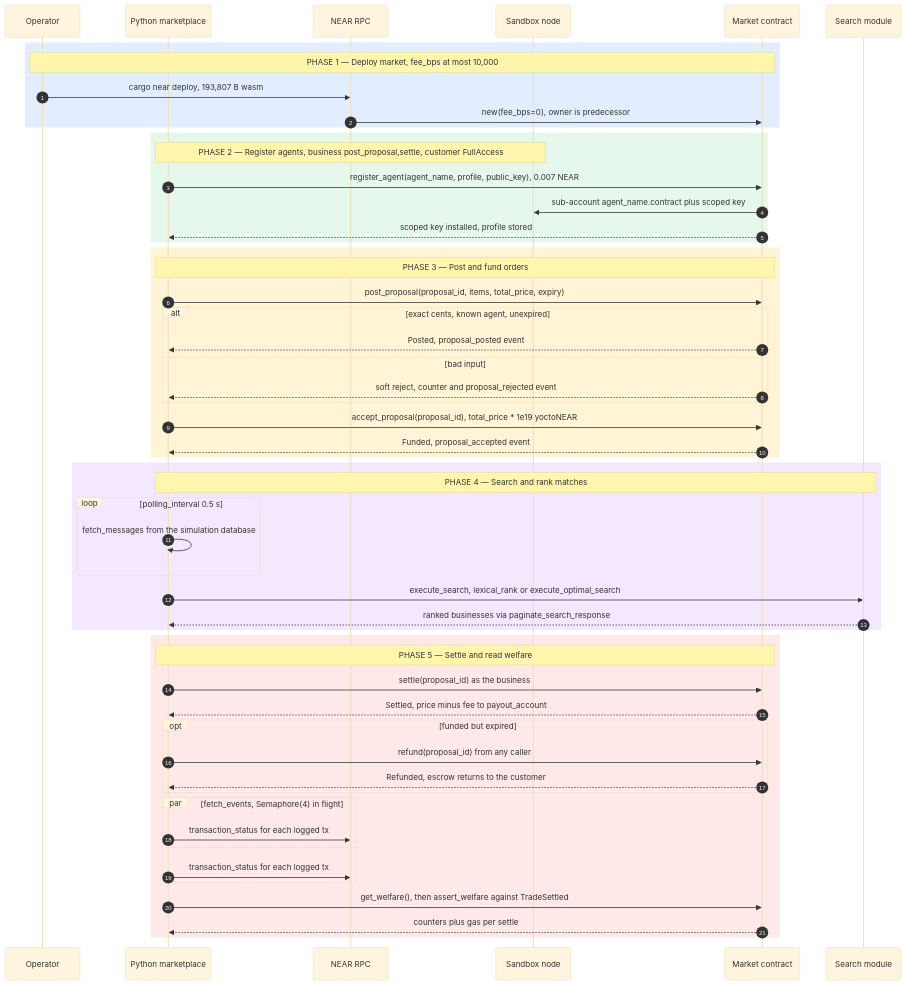
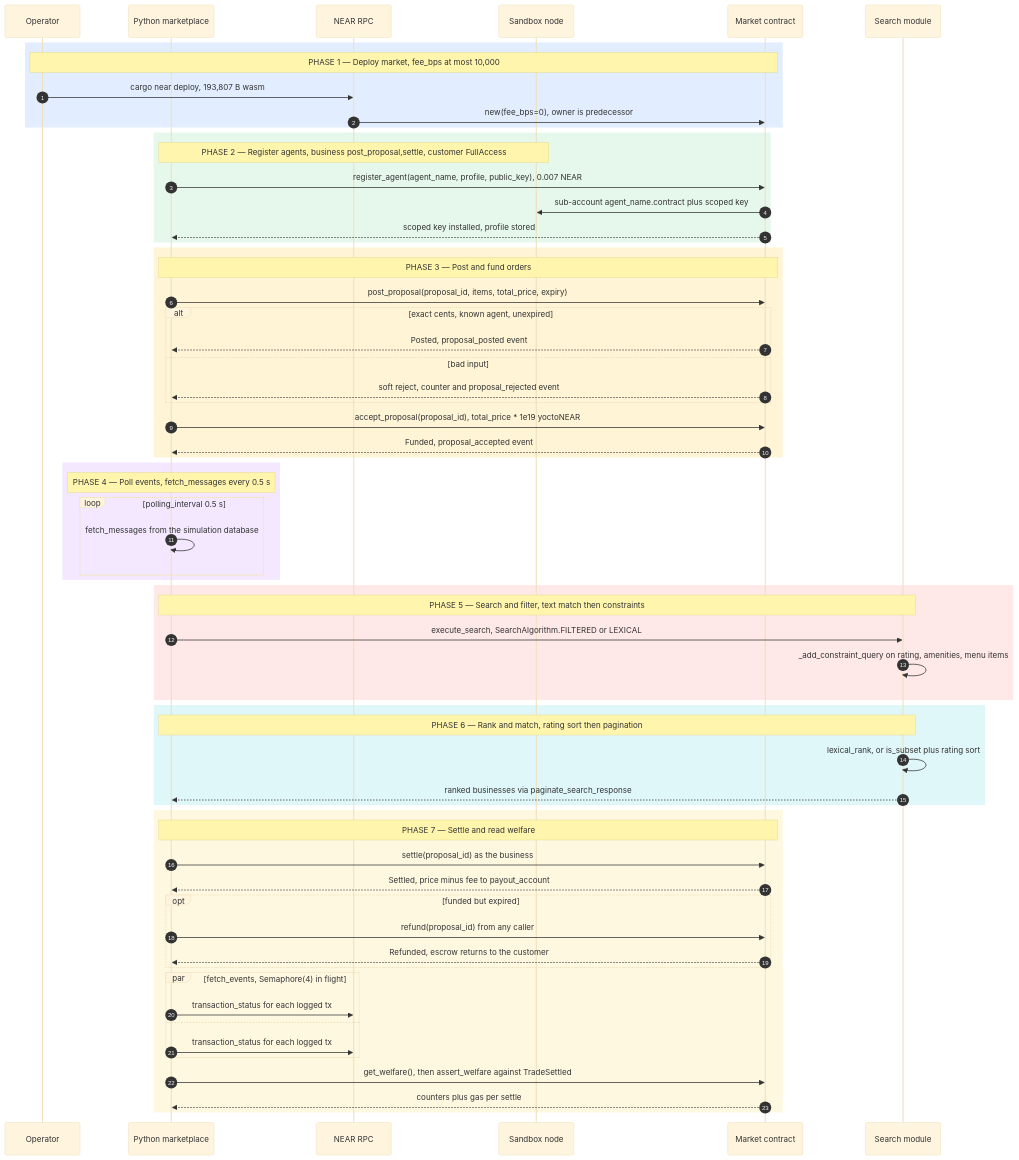
One commit to p3dr0-coder/two-sided-agent-market changed the diagram in README.md. Above: the diagram before and after it, drawn with Mermaid.

Commit message:
docs(ekklesia): expand diagram to 7 phases

````diff
--- a/README.md
+++ b/README.md
@@ -5,57 +5,65 @@
 ```mermaid
 %%{init: {"theme":"base","themeVariables":{"fontSize":"14px"}}}%%
 sequenceDiagram
     autonumber
     participant U as Operator
     participant P as Python marketplace
     participant R as NEAR RPC
     participant B as Sandbox node
     participant M as Market contract
     participant S as Search module
     rect rgb(226,238,255)
     Note over U,M: PHASE 1 — Deploy market, fee_bps at most 10,000
     U->>R: cargo near deploy, 193,807 B wasm
     R->>M: new(fee_bps=0), owner is predecessor
     end
     rect rgb(230,247,235)
     Note over P,B: PHASE 2 — Register agents, business post_proposal,settle, customer FullAccess
     P->>M: register_agent(agent_name, profile, public_key), 0.007 NEAR
     M->>B: sub-account agent_name.contract plus scoped key
     M-->>P: scoped key installed, profile stored
     end
     rect rgb(255,244,214)
     Note over P,M: PHASE 3 — Post and fund orders
     P->>M: post_proposal(proposal_id, items, total_price, expiry)
     alt exact cents, known agent, unexpired
     M-->>P: Posted, proposal_posted event
     else bad input
     M-->>P: soft reject, counter and proposal_rejected event
     end
     P->>M: accept_proposal(proposal_id), total_price * 1e19 yoctoNEAR
     M-->>P: Funded, proposal_accepted event
     end
     rect rgb(243,232,255)
-    Note over P,S: PHASE 4 — Search and rank matches
+    Note over P: PHASE 4 — Poll events, fetch_messages every 0.5 s
     loop polling_interval 0.5 s
     P->>P: fetch_messages from the simulation database
     end
-    P->>S: execute_search, lexical_rank or execute_optimal_search
+    end
+    rect rgb(255,232,232)
+    Note over P,S: PHASE 5 — Search and filter, text match then constraints
+    P->>S: execute_search, SearchAlgorithm.FILTERED or LEXICAL
+    S->>S: _add_constraint_query on rating, amenities, menu items
+    end
+    rect rgb(224,247,250)
+    Note over P,S: PHASE 6 — Rank and match, rating sort then pagination
+    S->>S: lexical_rank, or is_subset plus rating sort
     S-->>P: ranked businesses via paginate_search_response
     end
-    rect rgb(255,232,232)
-    Note over P,M: PHASE 5 — Settle and read welfare
+    rect rgb(255,248,225)
+    Note over P,M: PHASE 7 — Settle and read welfare
     P->>M: settle(proposal_id) as the business
     M-->>P: Settled, price minus fee to payout_account
     opt funded but expired
     P->>M: refund(proposal_id) from any caller
     M-->>P: Refunded, escrow returns to the customer
     end
     par fetch_events, Semaphore(4) in flight
     P->>R: transaction_status for each logged tx
     and
     P->>R: transaction_status for each logged tx
     end
     P->>M: get_welfare(), then assert_welfare against TradeSettled
     M-->>P: counters plus gas per settle
     end
 ```
````
